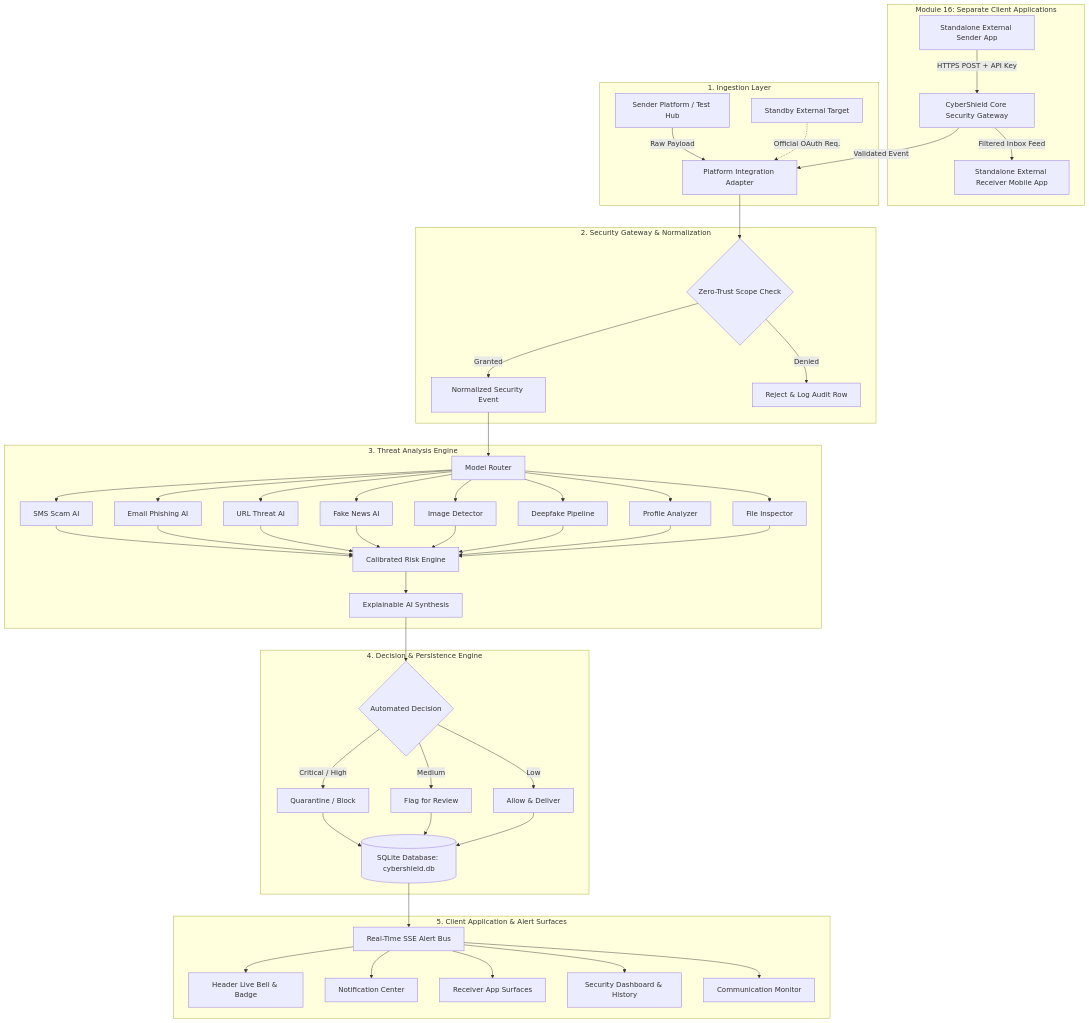
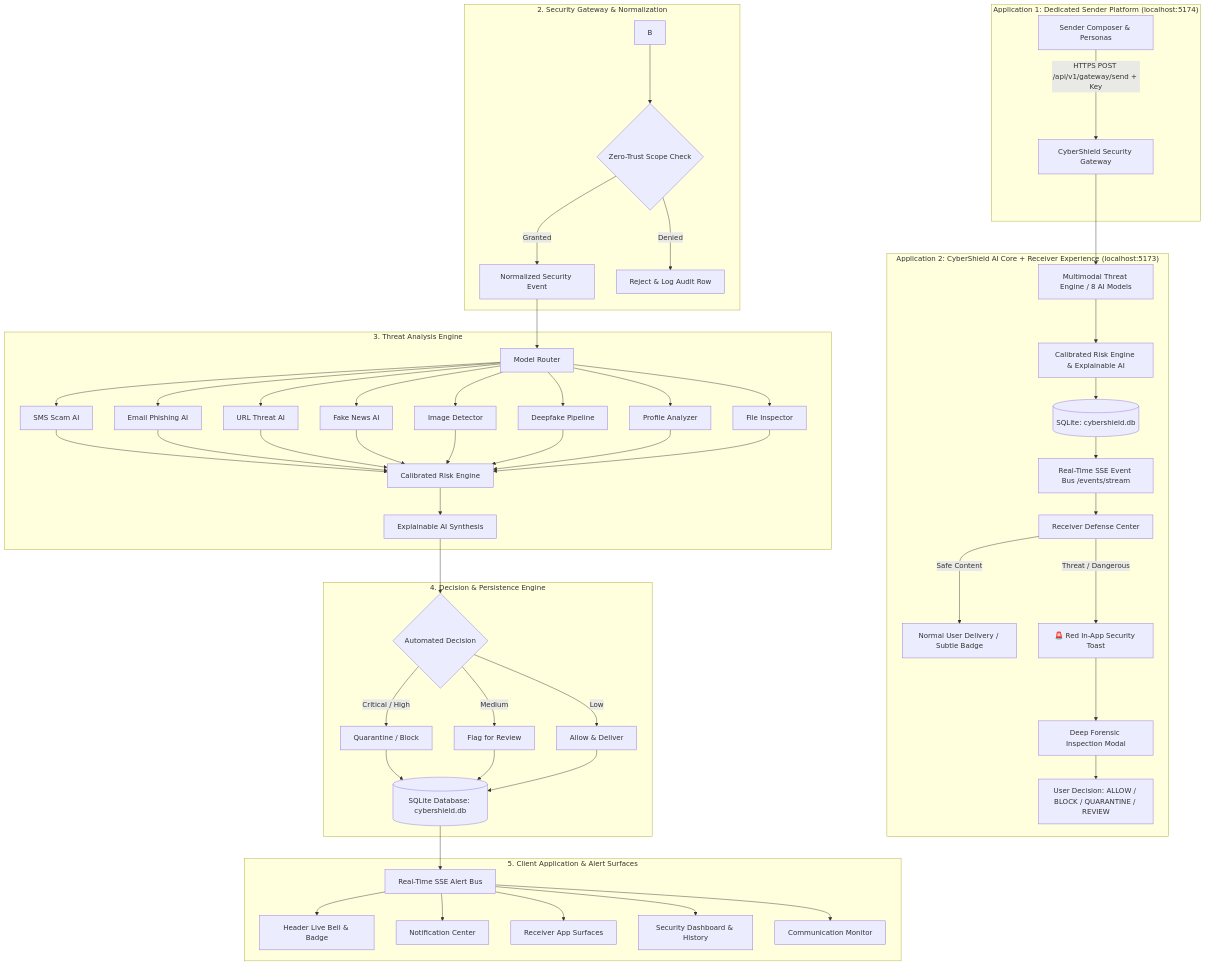
Before and after one commit to Bhavanisubramani49/CyberShield-AI: the diagram in docs/ARCHITECTURE.md, drawn with Mermaid. The commit also changed 28 other files, not shown here.

Commit message:
checkpoint(module-17): Interactive receiver security experience complete

````diff
--- a/docs/ARCHITECTURE.md
+++ b/docs/ARCHITECTURE.md
@@ -20,50 +20,55 @@
 ```mermaid
 flowchart TD
-    subgraph STANDALONE_CLIENTS ["Module 16: Separate Client Applications"]
-        APP1[Standalone External Sender App] -->|HTTPS POST + API Key| GW[CyberShield Core Security Gateway]
-        GW -->|Filtered Inbox Feed| APP2[Standalone External Receiver Mobile App]
+    subgraph SENDER_APP ["Application 1: Dedicated Sender Platform (localhost:5174)"]
+        SND[Sender Composer & Personas] -->|HTTPS POST /api/v1/gateway/send + Key| GW[CyberShield Security Gateway]
     end
 
-    subgraph INGESTION ["1. Ingestion Layer"]
-        A[Sender Platform / Test Hub] -->|Raw Payload| B[Platform Integration Adapter]
-        GW -->|Validated Event| B
-        C[Standby External Target] -.->|Official OAuth Req.| B
+    subgraph CYBERSHIELD_CORE ["Application 2: CyberShield AI Core + Receiver Experience (localhost:5173)"]
+        GW --> AI[Multimodal Threat Engine / 8 AI Models]
+        AI --> RISK[Calibrated Risk Engine & Explainable AI]
+        RISK --> DB[(SQLite: cybershield.db)]
+        DB --> SSE[Real-Time SSE Event Bus /events/stream]
+        SSE --> RCV_HOME[Receiver Defense Center]
+        RCV_HOME -->|Safe Content| CHAT_NORMAL[Normal User Delivery / Subtle Badge]
+        RCV_HOME -->|Threat / Dangerous| TOAST_ALERT[🚨 Red In-App Security Toast]
+        TOAST_ALERT --> FOR_MODAL[Deep Forensic Inspection Modal]
+        FOR_MODAL --> USER_CHOICE[User Decision: ALLOW / BLOCK / QUARANTINE / REVIEW]
     end
 
     subgraph SECURITY_GATEWAY ["2. Security Gateway & Normalization"]
         B --> D{Zero-Trust Scope Check}
         D -- Granted --> E[Normalized Security Event]
         D -- Denied --> F[Reject & Log Audit Row]
     end
 
     subgraph AI_PIPELINE ["3. Threat Analysis Engine"]
         E --> G[Model Router]
         G --> H1[SMS Scam AI]
         G --> H2[Email Phishing AI]
         G --> H3[URL Threat AI]
         G --> H4[Fake News AI]
         G --> H5[Image Detector]
         G --> H6[Deepfake Pipeline]
         G --> H7[Profile Analyzer]
         G --> H8[File Inspector]
         H1 & H2 & H3 & H4 & H5 & H6 & H7 & H8 --> I[Calibrated Risk Engine]
         I --> J[Explainable AI Synthesis]
     end
 
     subgraph DECISION_PERSISTENCE ["4. Decision & Persistence Engine"]
         J --> K{Automated Decision}
         K -- Critical / High --> L1[Quarantine / Block]
         K -- Medium --> L2[Flag for Review]
         K -- Low --> L3[Allow & Deliver]
         L1 & L2 & L3 --> M[(SQLite Database: cybershield.db)]
     end
 
     subgraph CLIENT_INTERFACES ["5. Client Application & Alert Surfaces"]
         M --> N[Real-Time SSE Alert Bus]
         N --> O1[Header Live Bell & Badge]
         N --> O2[Notification Center]
         N --> O3[Receiver App Surfaces]
         N --> O4[Security Dashboard & History]
         N --> O5[Communication Monitor]
     end
 ```
````
